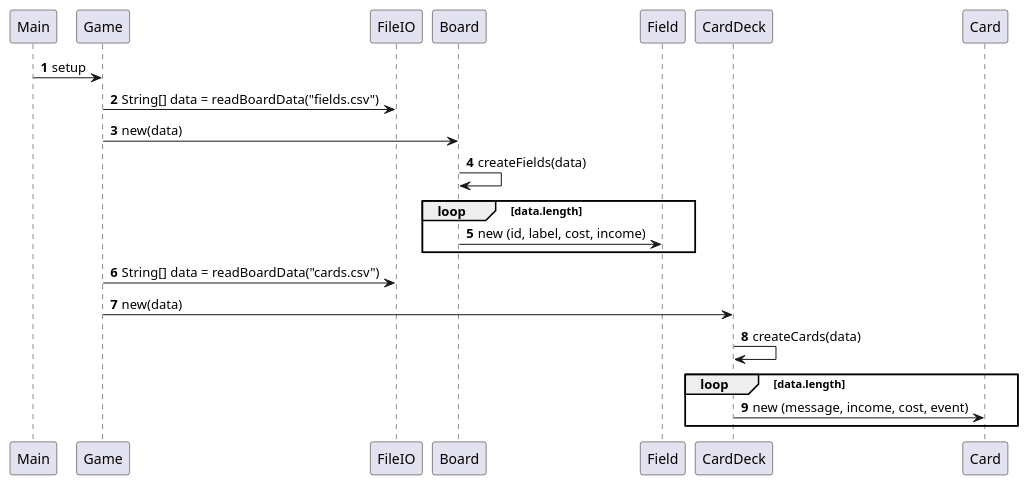
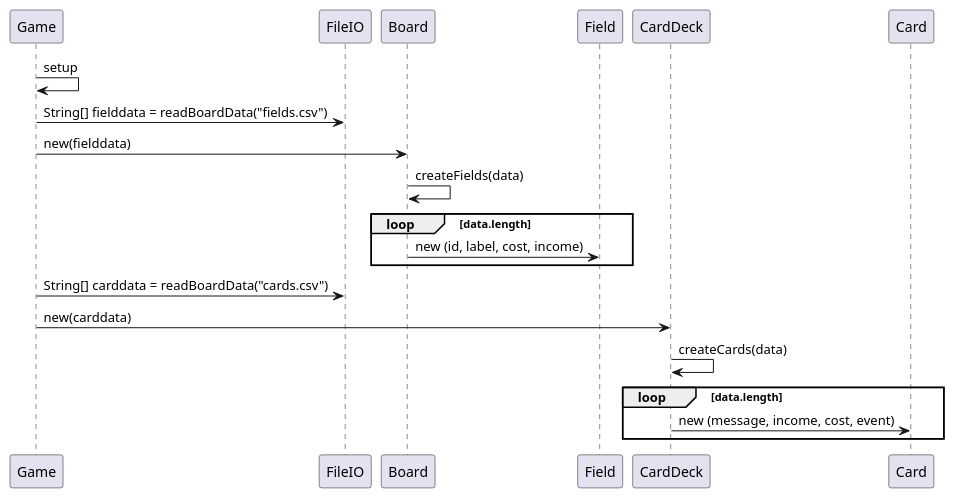
The diagram in doc/plan/sequence_3_buildBoard.puml (Dat1Cphbusiness/MonopolyE24), drawn with PlantUML before and after one commit. The commit also changed 1 other file, not shown here.

```diff
--- a/doc/plan/sequence_3_buildBoard.puml
+++ b/doc/plan/sequence_3_buildBoard.puml
@@ -1,22 +1,22 @@
 @startuml
 'https://plantuml.com/sequence-diagram
 
-autonumber
-Main -> Game: setup
-Game -> FileIO: String[] data = readBoardData("fields.csv")
 
-Game -> Board : new(data)
+Game -> Game: setup
+Game -> FileIO: String[] fielddata = readBoardData("fields.csv")
+
+Game -> Board : new(fielddata)
 Board -> Board : createFields(data)
 
 loop data.length
 Board -> Field : new (id, label, cost, income)
 end
-Game -> FileIO: String[] data = readBoardData("cards.csv")
+Game -> FileIO: String[] carddata = readBoardData("cards.csv")
 
-Game -> CardDeck : new(data)
+Game -> CardDeck : new(carddata)
 CardDeck -> CardDeck : createCards(data)
 
 loop data.length
 CardDeck -> Card : new (message, income, cost, event)
 end
 @enduml
```
